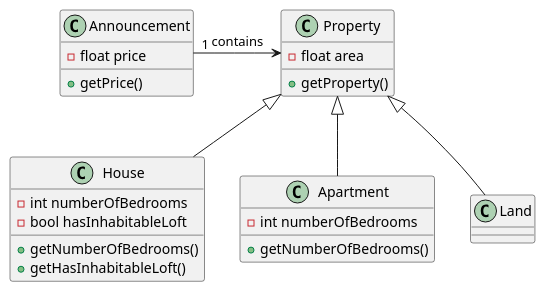
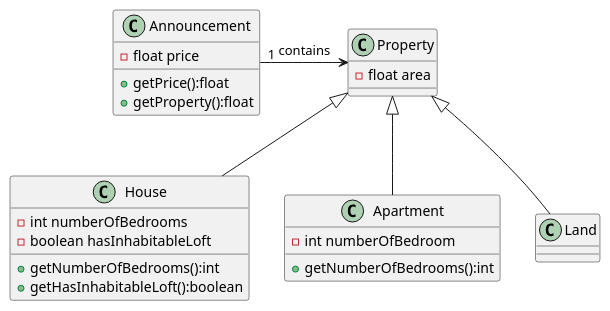
Before and after one commit to tiagohcorreia/LAPR2: the diagram in docs/sprintB/US001/03.design/puml/us001-class-diagram.svg.puml, drawn with PlantUML. The commit also changed 3 other files, not shown here.

```diff
--- a/docs/sprintB/US001/03.design/puml/us001-class-diagram.svg.puml
+++ b/docs/sprintB/US001/03.design/puml/us001-class-diagram.svg.puml
@@ -1,35 +1,35 @@
 @startuml
 'https://plantuml.com/class-diagram
 
 
 
 class Announcement{
 -float price
-+getPrice()
++getPrice():float
++getProperty():float
 }
 
 class Property{
 -float area
-+getProperty()
 }
 class House{
 -int numberOfBedrooms
--bool hasInhabitableLoft
-+getNumberOfBedrooms()
-+getHasInhabitableLoft()
+-boolean hasInhabitableLoft
++getNumberOfBedrooms():int
++getHasInhabitableLoft():boolean
 }
 class Apartment{
--int numberOfBedrooms
-+getNumberOfBedrooms()
+-int numberOfBedroom
++getNumberOfBedrooms():int
 }
 class Land{
 
 }
 
 Announcement "1" -> Property: contains
 
 Property <|-- House
 Property <|-- Apartment
 Property <|-- Land
 
 @enduml
```
